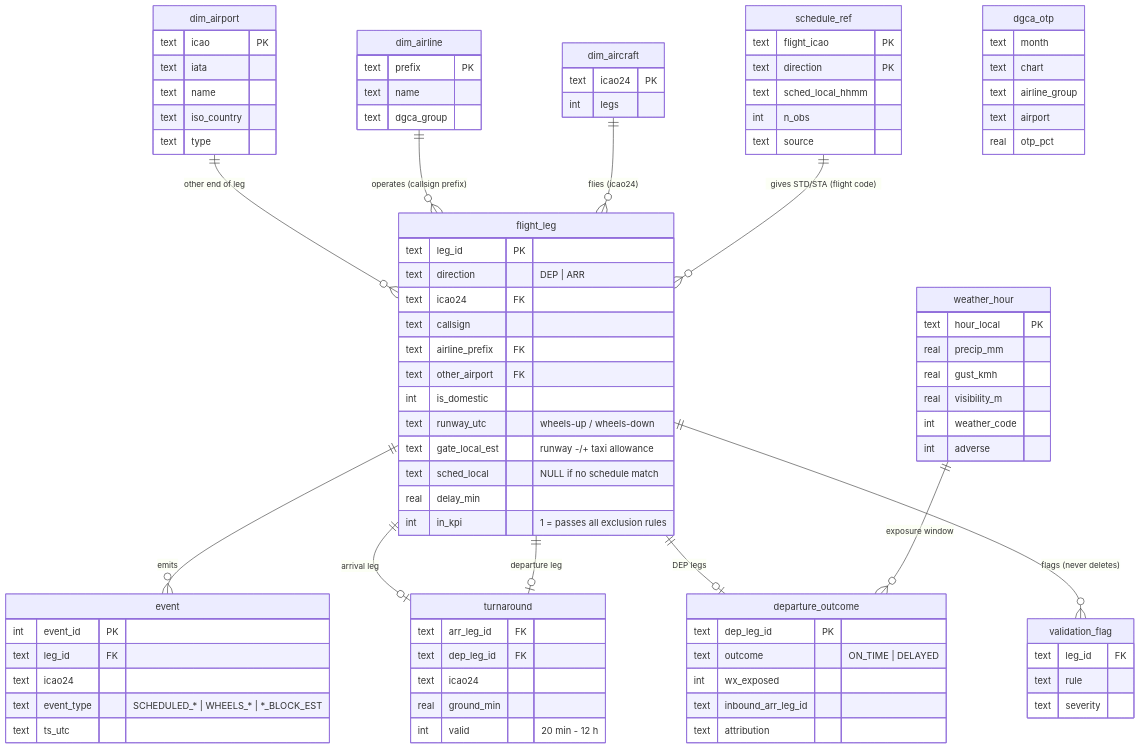
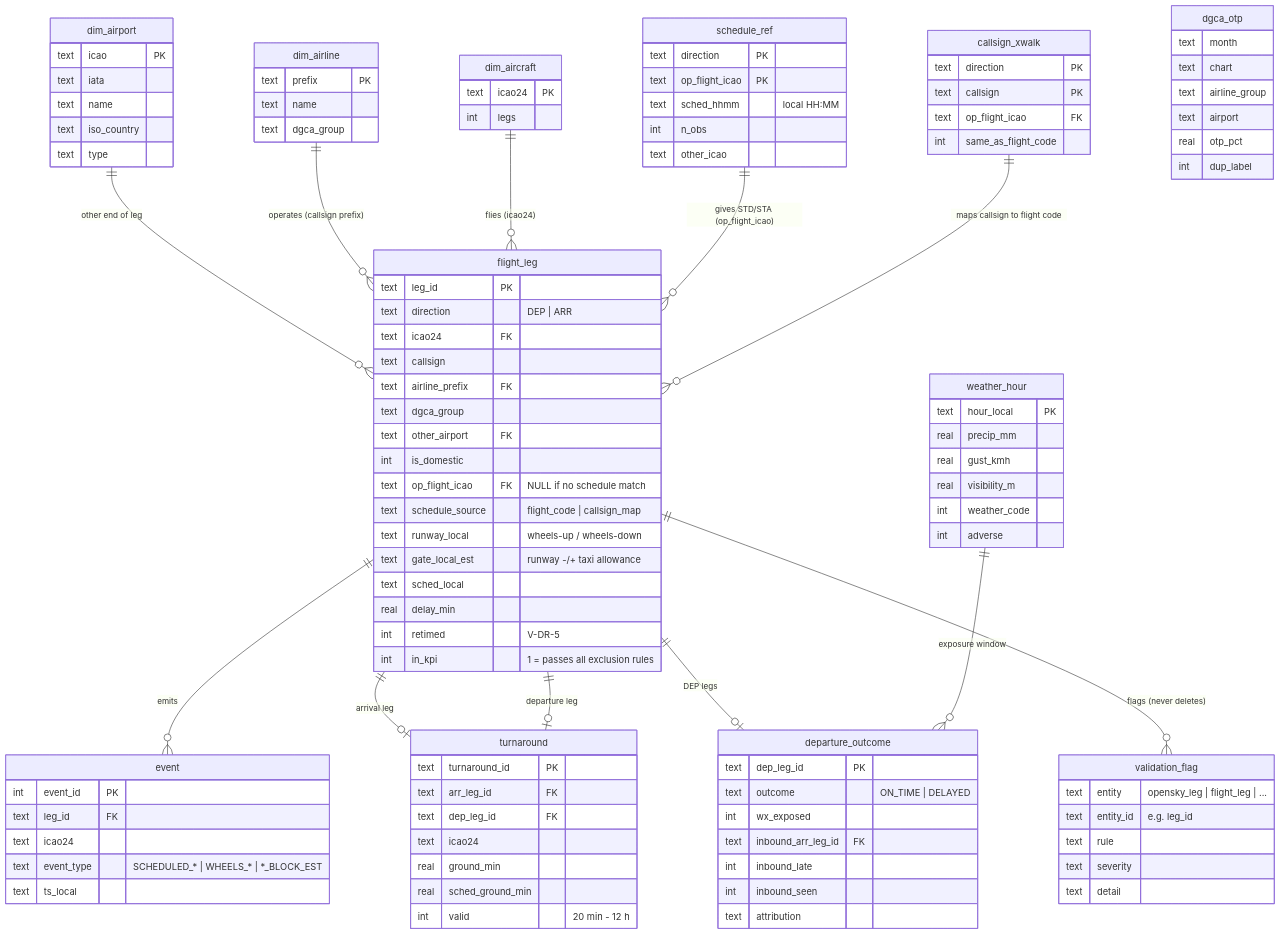
The third of 3 diagrams in diagrams/workflow_model.md (Abhinavsuri90/SkyPulse), drawn with Mermaid before and after one commit. The commit also changed other lines of this file and 21 other files, not shown here.

````diff
--- a/diagrams/workflow_model.md
+++ b/diagrams/workflow_model.md
@@ -50,15 +52,16 @@
 ```mermaid
 erDiagram
-    dim_airport  ||--o{ flight_leg : "other end of leg"
-    dim_airline  ||--o{ flight_leg : "operates (callsign prefix)"
-    dim_aircraft ||--o{ flight_leg : "flies (icao24)"
-    schedule_ref ||--o{ flight_leg : "gives STD/STA (flight code)"
-    flight_leg   ||--o{ event : "emits"
-    flight_leg   ||--o| turnaround : "arrival leg"
-    flight_leg   ||--o| turnaround : "departure leg"
-    flight_leg   ||--o| departure_outcome : "DEP legs"
-    weather_hour ||--o{ departure_outcome : "exposure window"
-    flight_leg   ||--o{ validation_flag : "flags (never deletes)"
+    dim_airport    ||--o{ flight_leg : "other end of leg"
+    dim_airline    ||--o{ flight_leg : "operates (callsign prefix)"
+    dim_aircraft   ||--o{ flight_leg : "flies (icao24)"
+    schedule_ref   ||--o{ flight_leg : "gives STD/STA (op_flight_icao)"
+    callsign_xwalk ||--o{ flight_leg : "maps callsign to flight code"
+    flight_leg     ||--o{ event : "emits"
+    flight_leg     ||--o| turnaround : "arrival leg"
+    flight_leg     ||--o| turnaround : "departure leg"
+    flight_leg     ||--o| departure_outcome : "DEP legs"
+    weather_hour   ||--o{ departure_outcome : "exposure window"
+    flight_leg     ||--o{ validation_flag : "flags (never deletes)"
 
     dim_airport {
         text icao PK
@@ -77,11 +80,17 @@
         int legs
     }
     schedule_ref {
-        text flight_icao PK
         text direction PK
-        text sched_local_hhmm
+        text op_flight_icao PK
+        text sched_hhmm "local HH:MM"
         int  n_obs
-        text source
+        text other_icao
+    }
+    callsign_xwalk {
+        text direction PK
+        text callsign PK
+        text op_flight_icao FK
+        int  same_as_flight_code
     }
     flight_leg {
         text leg_id PK
@@ -89,12 +98,16 @@
         text icao24 FK
         text callsign
         text airline_prefix FK
+        text dgca_group
         text other_airport FK
         int  is_domestic
-        text runway_utc "wheels-up / wheels-down"
+        text op_flight_icao FK "NULL if no schedule match"
+        text schedule_source "flight_code | callsign_map"
+        text runway_local "wheels-up / wheels-down"
         text gate_local_est "runway -/+ taxi allowance"
-        text sched_local "NULL if no schedule match"
+        text sched_local
         real delay_min
+        int  retimed "V-DR-5"
         int  in_kpi "1 = passes all exclusion rules"
     }
     event {
@@ -102,20 +115,24 @@
         text leg_id FK
         text icao24
         text event_type "SCHEDULED_* | WHEELS_* | *_BLOCK_EST"
-        text ts_utc
+        text ts_local
     }
     turnaround {
+        text turnaround_id PK
         text arr_leg_id FK
         text dep_leg_id FK
         text icao24
         real ground_min
+        real sched_ground_min
         int  valid "20 min - 12 h"
     }
     departure_outcome {
         text dep_leg_id PK
         text outcome "ON_TIME | DELAYED"
         int  wx_exposed
-        text inbound_arr_leg_id
+        text inbound_arr_leg_id FK
+        int  inbound_late
+        int  inbound_seen
         text attribution
     }
     weather_hour {
@@ -127,9 +144,11 @@
         int  adverse
     }
     validation_flag {
-        text leg_id FK
+        text entity "opensky_leg | flight_leg | ..."
+        text entity_id "e.g. leg_id"
         text rule
         text severity
+        text detail
     }
     dgca_otp {
         text month
@@ -137,5 +156,6 @@
         text airline_group
         text airport
         real otp_pct
+        int  dup_label
     }
 ```
````
